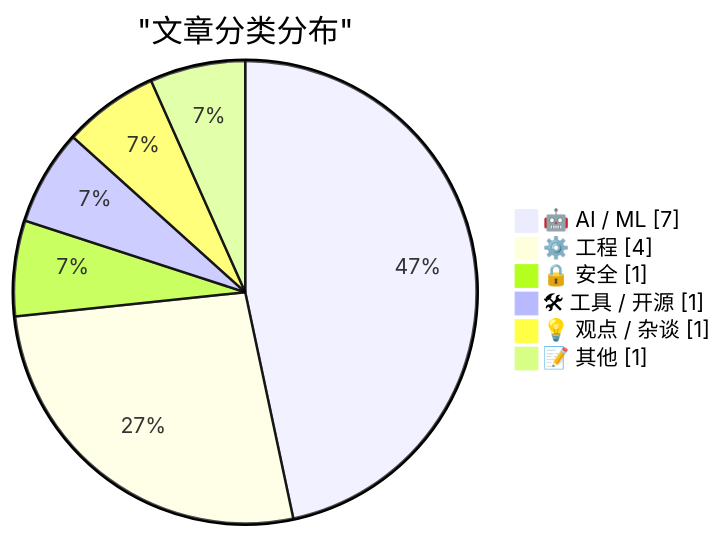
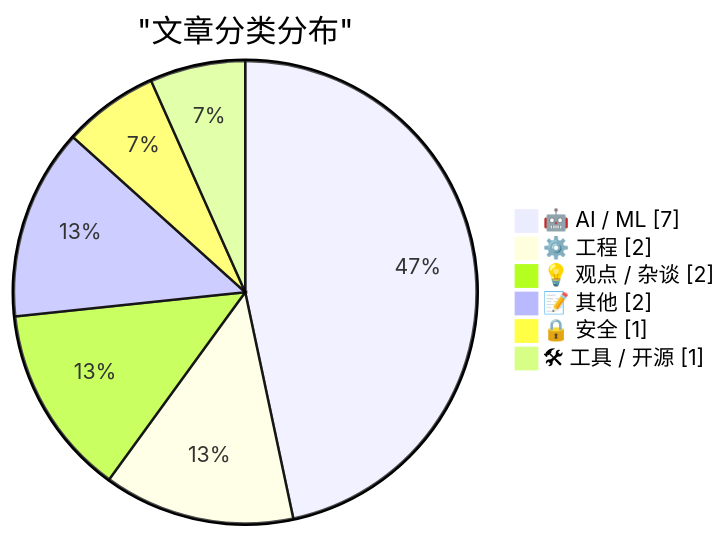
One commit to Yeadon8888/digest-news-viewer changed the first of 2 diagrams in public/data/digest-latest.md. Above: the diagram before and after it, drawn with Mermaid. The commit also changed other lines of this file, not shown here.

````diff
--- a/public/data/digest-latest.md
+++ b/public/data/digest-latest.md
@@ -53,10 +53,10 @@
 ```mermaid
 pie showData
     title "文章分类分布"
     "🤖 AI / ML" : 7
-    "⚙️ 工程" : 4
+    "⚙️ 工程" : 2
+    "💡 观点 / 杂谈" : 2
+    "📝 其他" : 2
     "🔒 安全" : 1
     "🛠 工具 / 开源" : 1
-    "💡 观点 / 杂谈" : 1
-    "📝 其他" : 1
 ```
````
